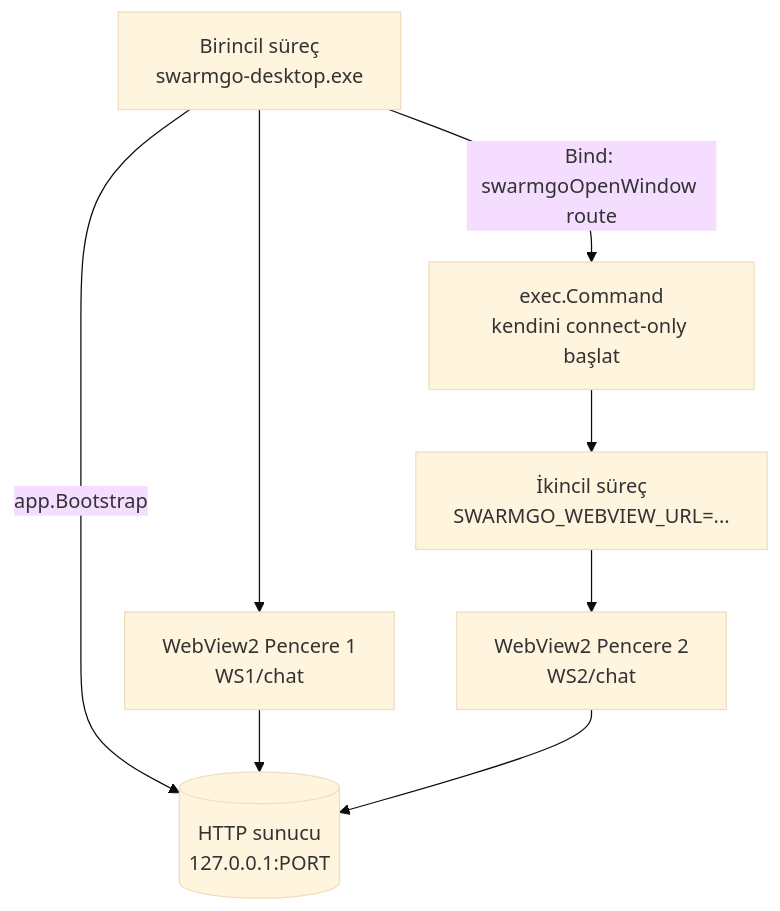
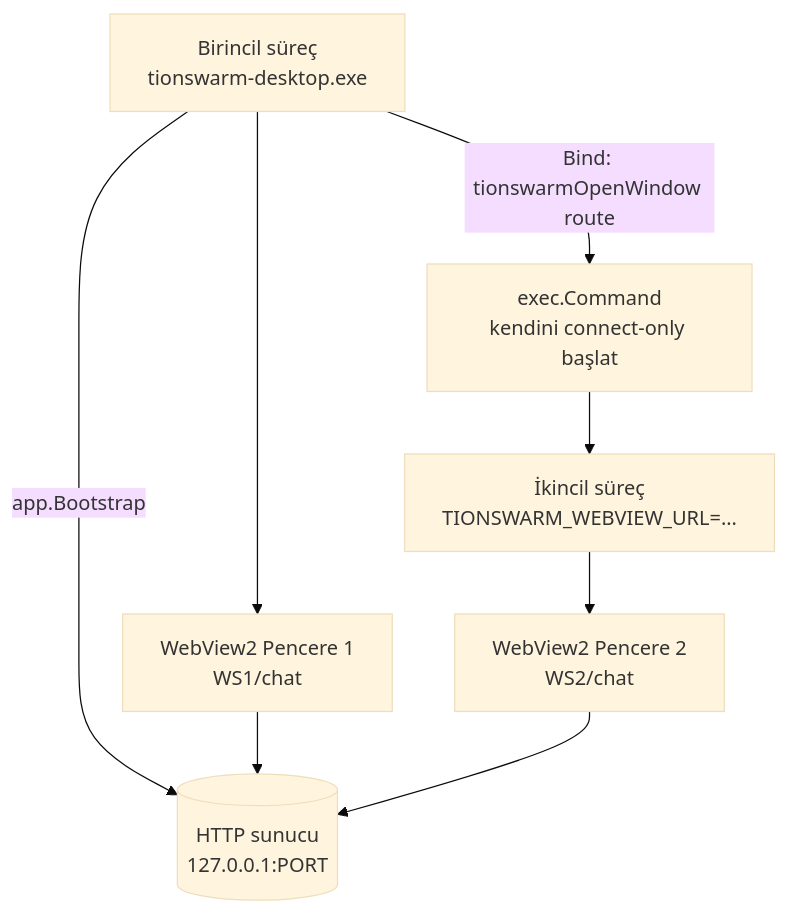
One commit to bilal-arikan/tionharness changed the diagram in _Docs/30-COKLU-PENCERE.md. Above: the diagram before and after it, drawn with Mermaid (base theme). The commit also changed other lines of this file and 433 other files, not shown here.

````diff
--- a/_Docs/30-COKLU-PENCERE.md
+++ b/_Docs/30-COKLU-PENCERE.md
@@ -38,10 +38,10 @@
 ```mermaid
 graph TD
-    P[Birincil süreç<br/>swarmgo-desktop.exe] -->|app.Bootstrap| S[(HTTP sunucu<br/>127.0.0.1:PORT)]
+    P[Birincil süreç<br/>tionswarm-desktop.exe] -->|app.Bootstrap| S[(HTTP sunucu<br/>127.0.0.1:PORT)]
     P --> W1[WebView2 Pencere 1<br/>WS1/chat]
-    P -->|Bind: swarmgoOpenWindow route| SPAWN[exec.Command<br/>kendini connect-only başlat]
-    SPAWN --> C[İkincil süreç<br/>SWARMGO_WEBVIEW_URL=...]
+    P -->|Bind: tionswarmOpenWindow route| SPAWN[exec.Command<br/>kendini connect-only başlat]
+    SPAWN --> C[İkincil süreç<br/>TIONSWARM_WEBVIEW_URL=...]
     C --> W2[WebView2 Pencere 2<br/>WS2/chat]
     W1 --> S
     W2 --> S
 ```
````
